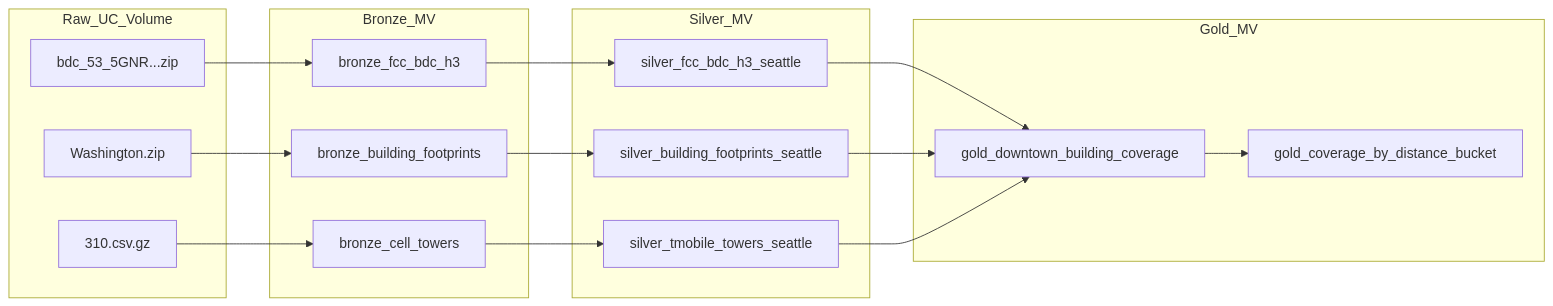
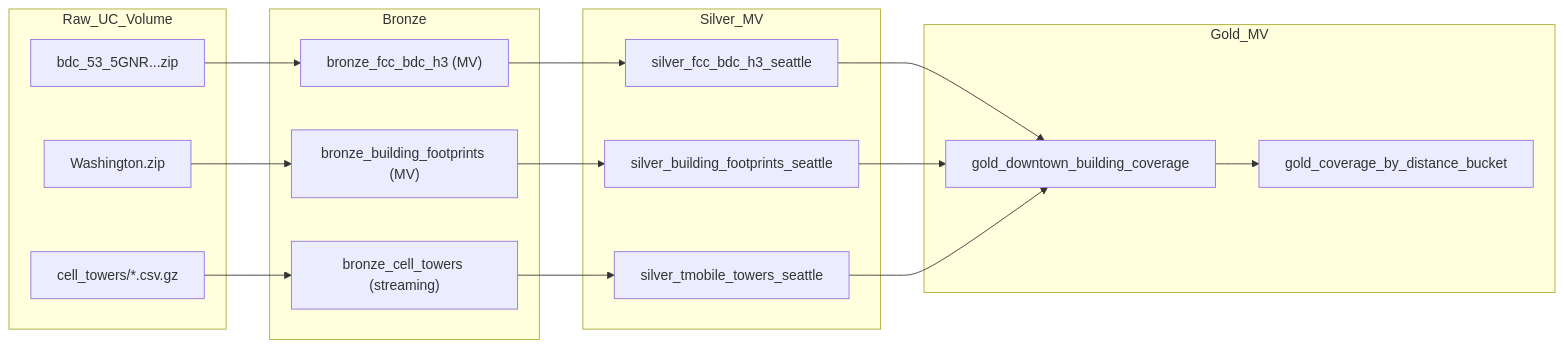
The diagram in network_analytics_pipeline/detailed_readme.md (maxcarduner1/network_analytics_enablement), drawn with Mermaid before and after one commit. The commit also changed other lines of this file and 11 other files, not shown here.

````diff
--- a/network_analytics_pipeline/detailed_readme.md
+++ b/network_analytics_pipeline/detailed_readme.md
@@ -18,30 +20,30 @@
 ```mermaid
 flowchart LR
     subgraph raw [Raw_UC_Volume]
         Z1["bdc_53_5GNR...zip"]
         Z2["Washington.zip"]
-        Z3["310.csv.gz"]
+        Z3["cell_towers/*.csv.gz"]
     end
 
-    subgraph bronze [Bronze_MV]
-        B1["bronze_fcc_bdc_h3"]
-        B2["bronze_building_footprints"]
-        B3["bronze_cell_towers"]
+    subgraph bronze [Bronze]
+        B1["bronze_fcc_bdc_h3 (MV)"]
+        B2["bronze_building_footprints (MV)"]
+        B3["bronze_cell_towers (streaming)"]
     end
 
     subgraph silver [Silver_MV]
         S1["silver_fcc_bdc_h3_seattle"]
         S2["silver_building_footprints_seattle"]
         S3["silver_tmobile_towers_seattle"]
     end
 
     subgraph gold [Gold_MV]
         G1["gold_downtown_building_coverage"]
         G2["gold_coverage_by_distance_bucket"]
     end
 
     Z1 --> B1 --> S1 --> G1
     Z2 --> B2 --> S2 --> G1
     Z3 --> B3 --> S3 --> G1
     G1 --> G2
 ```
````
